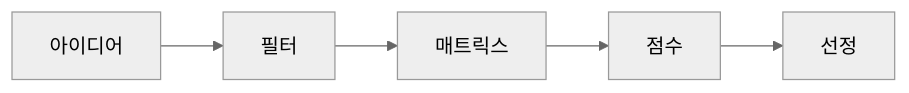
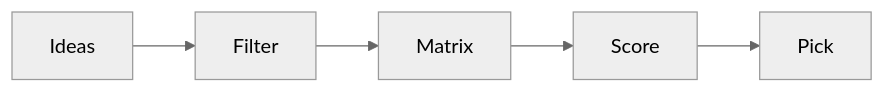
Before and after one commit to yeongseon-books/book-content: the diagram in content/capstone-project-101/ko/02-choosing-a-topic.md, drawn with Mermaid (neutral theme). The commit also changed other lines of this file and 9 other files, not shown here.

````diff
--- a/content/capstone-project-101/ko/02-choosing-a-topic.md
+++ b/content/capstone-project-101/ko/02-choosing-a-topic.md
@@ -53,7 +53,7 @@
 ```mermaid
 flowchart LR
-    I[아이디어] --> F[필터]
-    F --> M[매트릭스]
-    M --> S[점수]
-    S --> P[선정]
+    I[Ideas] --> F[Filter]
+    F --> M[Matrix]
+    M --> S[Score]
+    S --> P[Pick]
 ```
````
